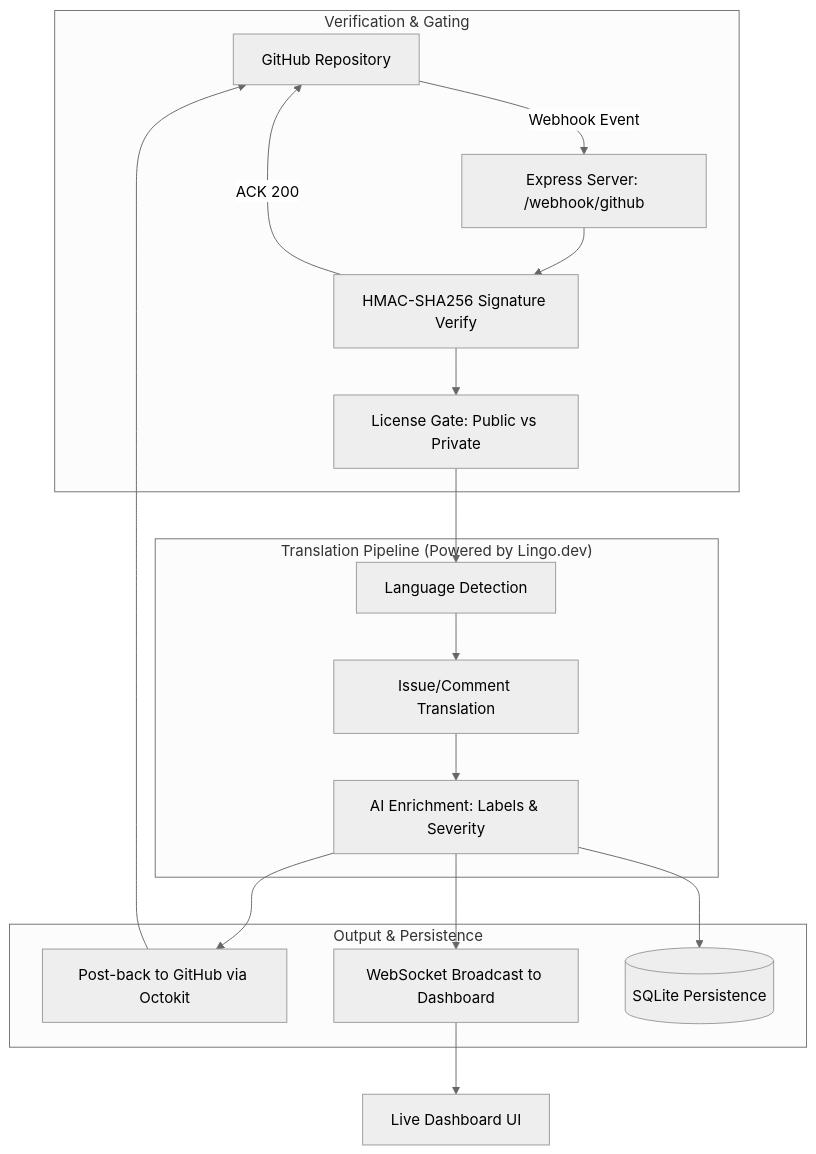
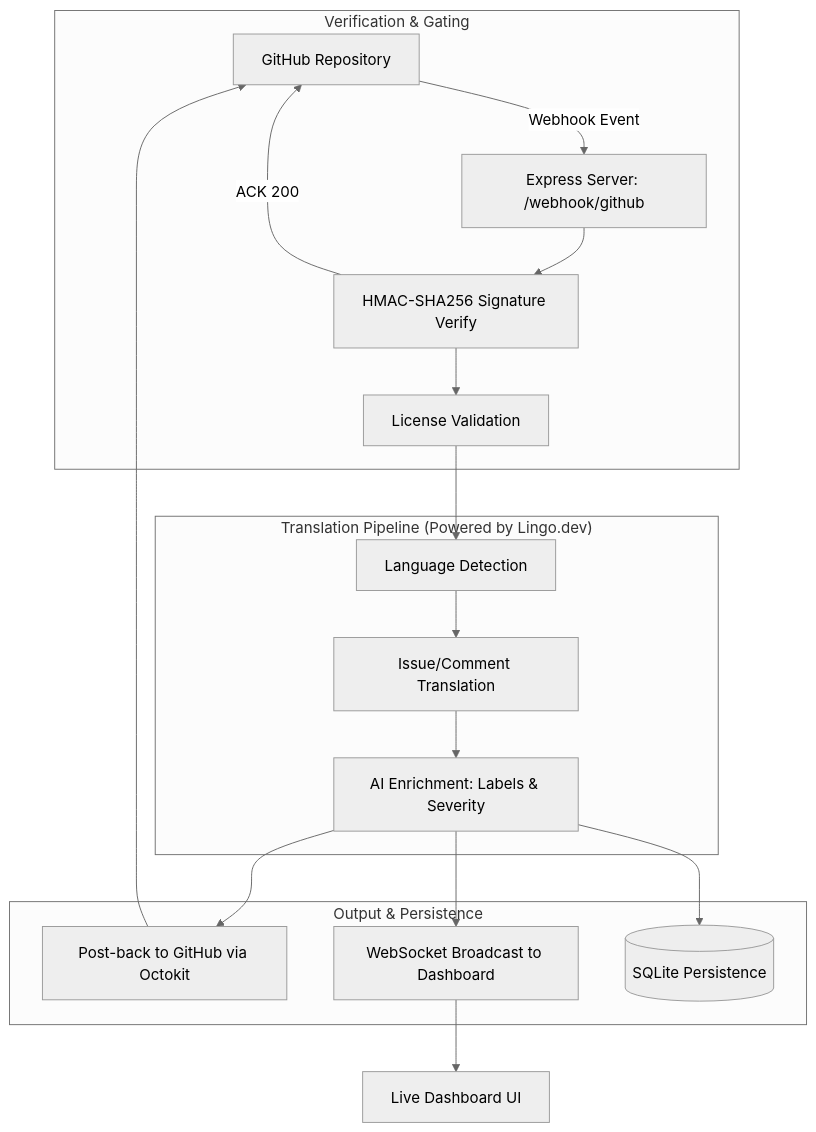
The diagram in README.md (ajitpal/ContribBridge), drawn with Mermaid (neutral theme) before and after one commit. The commit also changed other lines of this file and 3 other files, not shown here.

````diff
--- a/README.md
+++ b/README.md
@@ -17,25 +17,25 @@
 ```mermaid
 graph TD
     GH[GitHub Repository] -- "Webhook Event" --> WB[Express Server: /webhook/github]
     
     subgraph "Verification & Gating"
         WB --> SIG[HMAC-SHA256 Signature Verify]
         SIG -- "ACK 200" --> GH
-        SIG --> GATE[License Gate: Public vs Private]
+        SIG --> GATE[License Validation]
     end
     
     subgraph "Translation Pipeline (Powered by Lingo.dev)"
         GATE --> DET[Language Detection]
         DET --> TRA[Issue/Comment Translation]
         TRA --> ENR[AI Enrichment: Labels & Severity]
     end
     
     subgraph "Output & Persistence"
         ENR --> POST[Post-back to GitHub via Octokit]
         ENR --> BCAST[WebSocket Broadcast to Dashboard]
         ENR --> DB[(SQLite Persistence)]
     end
     
     POST --> GH
     BCAST --> UI[Live Dashboard UI]
 ```
````
